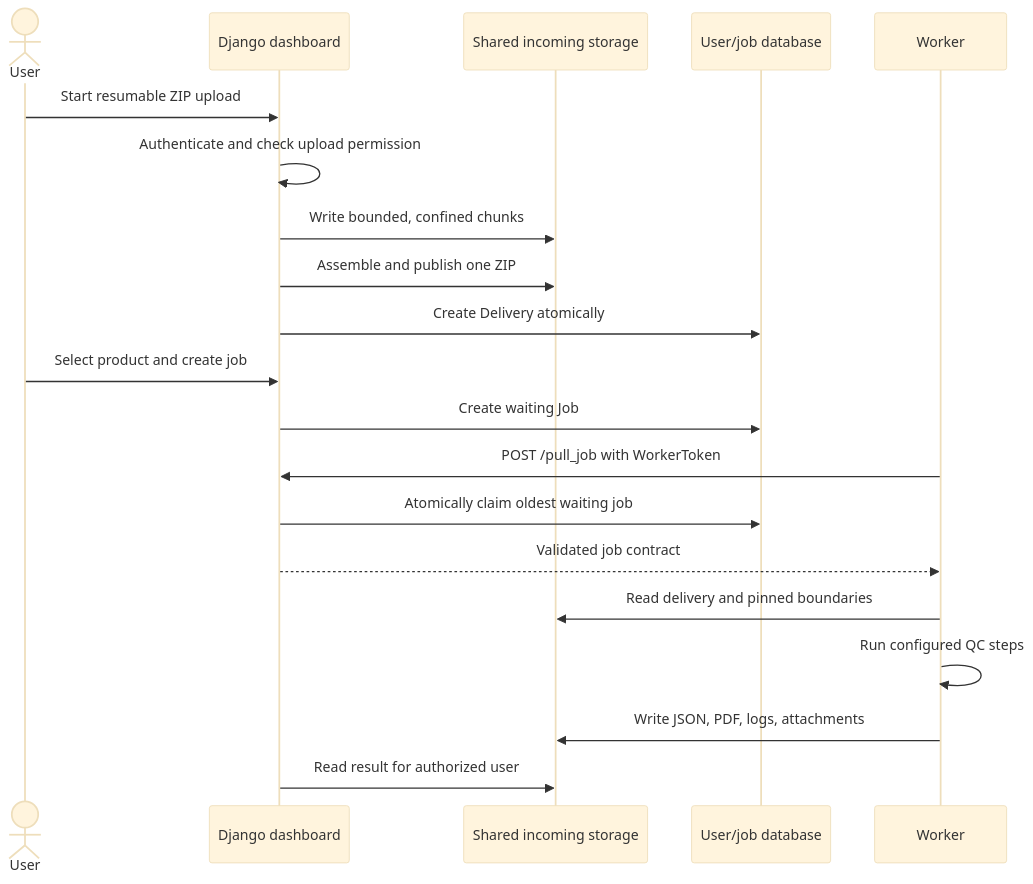
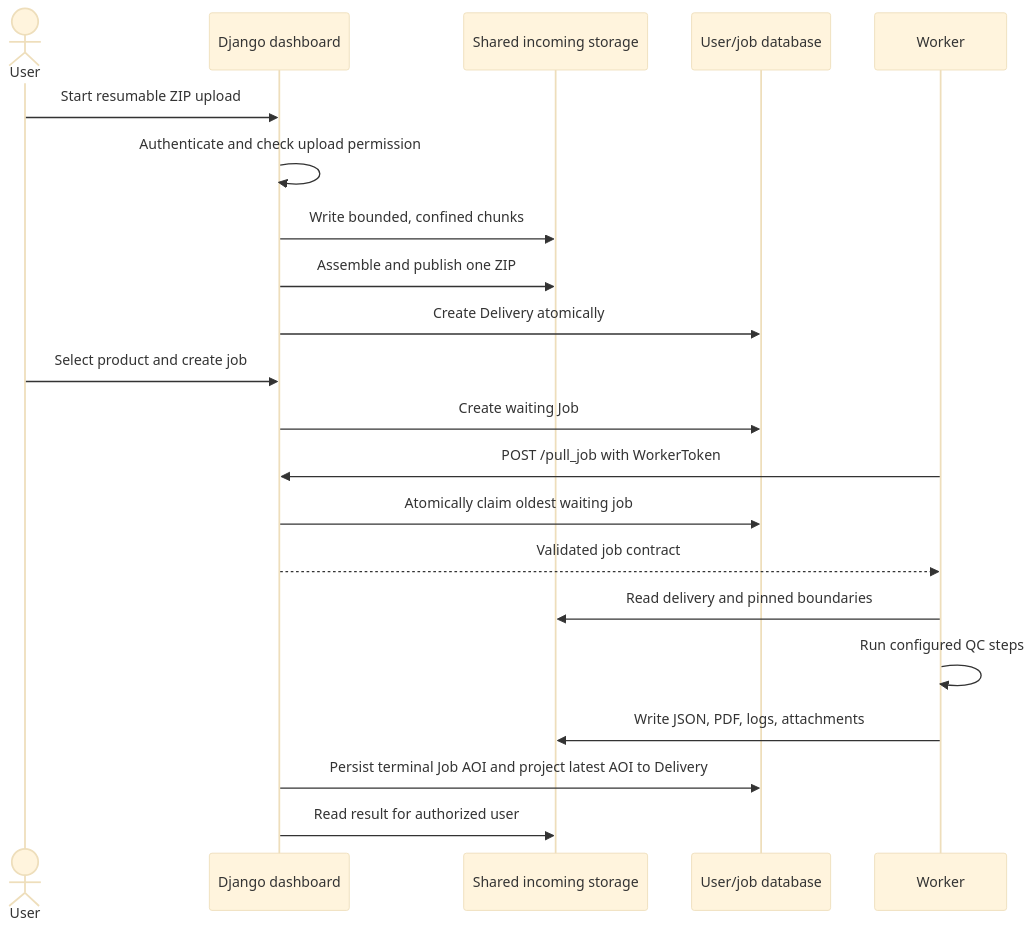
One commit to eea/copernicus_quality_tools changed the diagram in docs/architecture/data-and-job-flow.md. Above: the diagram before and after it, drawn with Mermaid (base theme). The commit also changed other lines of this file and 51 other files, not shown here.

````diff
--- a/docs/architecture/data-and-job-flow.md
+++ b/docs/architecture/data-and-job-flow.md
@@ -11,23 +11,24 @@
 ```mermaid
 sequenceDiagram
     actor User
     participant UI as Django dashboard
     participant Store as Shared incoming storage
     participant DB as User/job database
     participant Worker
 
     User->>UI: Start resumable ZIP upload
     UI->>UI: Authenticate and check upload permission
     UI->>Store: Write bounded, confined chunks
     UI->>Store: Assemble and publish one ZIP
     UI->>DB: Create Delivery atomically
     User->>UI: Select product and create job
     UI->>DB: Create waiting Job
     Worker->>UI: POST /pull_job with WorkerToken
     UI->>DB: Atomically claim oldest waiting job
     UI-->>Worker: Validated job contract
     Worker->>Store: Read delivery and pinned boundaries
     Worker->>Worker: Run configured QC steps
     Worker->>Store: Write JSON, PDF, logs, attachments
+    UI->>DB: Persist terminal Job AOI and project latest AOI to Delivery
     UI->>Store: Read result for authorized user
 ```
````
